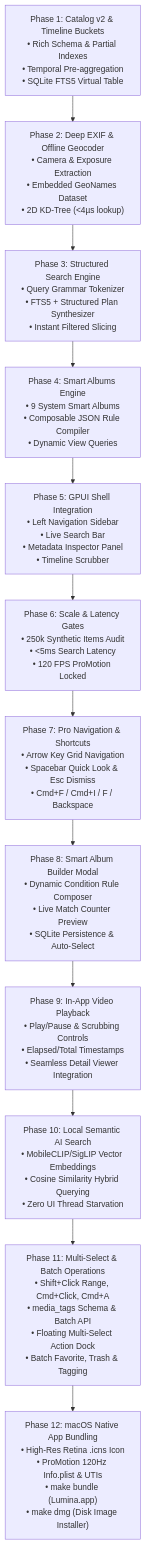
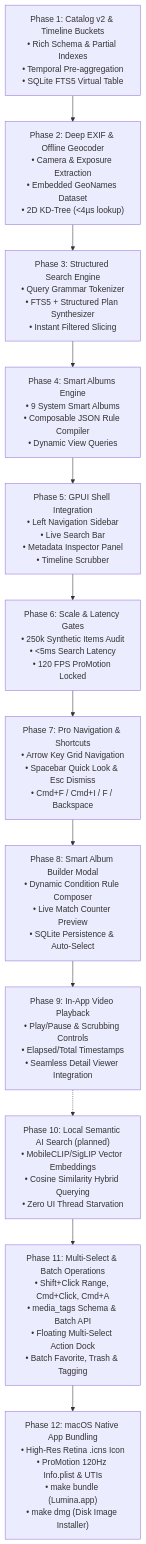
One commit to raysca/lumina changed the diagram in docs/roadmap_v2.md. Above: the diagram before and after it, drawn with Mermaid. The commit also changed other lines of this file and 4 other files, not shown here.

First line of the commit message:
docs: correct roadmap status, dead links, and benchmark guidance

````diff
--- a/docs/roadmap_v2.md
+++ b/docs/roadmap_v2.md
@@ -9,14 +9,14 @@
 ```mermaid
 flowchart TD
     P1["Phase 1: Catalog v2 & Timeline Buckets\n• Rich Schema & Partial Indexes\n• Temporal Pre-aggregation\n• SQLite FTS5 Virtual Table"] --> P2["Phase 2: Deep EXIF & Offline Geocoder\n• Camera & Exposure Extraction\n• Embedded GeoNames Dataset\n• 2D KD-Tree (<4µs lookup)"]
     P2 --> P3["Phase 3: Structured Search Engine\n• Query Grammar Tokenizer\n• FTS5 + Structured Plan Synthesizer\n• Instant Filtered Slicing"]
     P3 --> P4["Phase 4: Smart Albums Engine\n• 9 System Smart Albums\n• Composable JSON Rule Compiler\n• Dynamic View Queries"]
     P4 --> P5["Phase 5: GPUI Shell Integration\n• Left Navigation Sidebar\n• Live Search Bar\n• Metadata Inspector Panel\n• Timeline Scrubber"]
     P5 --> P6["Phase 6: Scale & Latency Gates\n• 250k Synthetic Items Audit\n• <5ms Search Latency\n• 120 FPS ProMotion Locked"]
     P6 --> P7["Phase 7: Pro Navigation & Shortcuts\n• Arrow Key Grid Navigation\n• Spacebar Quick Look & Esc Dismiss\n• Cmd+F / Cmd+I / F / Backspace"]
     P7 --> P8["Phase 8: Smart Album Builder Modal\n• Dynamic Condition Rule Composer\n• Live Match Counter Preview\n• SQLite Persistence & Auto-Select"]
     P8 --> P9["Phase 9: In-App Video Playback\n• Play/Pause & Scrubbing Controls\n• Elapsed/Total Timestamps\n• Seamless Detail Viewer Integration"]
-    P9 --> P10["Phase 10: Local Semantic AI Search\n• MobileCLIP/SigLIP Vector Embeddings\n• Cosine Similarity Hybrid Querying\n• Zero UI Thread Starvation"]
+    P9 -.-> P10["Phase 10: Local Semantic AI Search (planned)\n• MobileCLIP/SigLIP Vector Embeddings\n• Cosine Similarity Hybrid Querying\n• Zero UI Thread Starvation"]
     P10 --> P11["Phase 11: Multi-Select & Batch Operations\n• Shift+Click Range, Cmd+Click, Cmd+A\n• media_tags Schema & Batch API\n• Floating Multi-Select Action Dock\n• Batch Favorite, Trash & Tagging"]
     P11 --> P12["Phase 12: macOS Native App Bundling\n• High-Res Retina .icns Icon\n• ProMotion 120Hz Info.plist & UTIs\n• make bundle (Lumina.app)\n• make dmg (Disk Image Installer)"]
 ```
````
